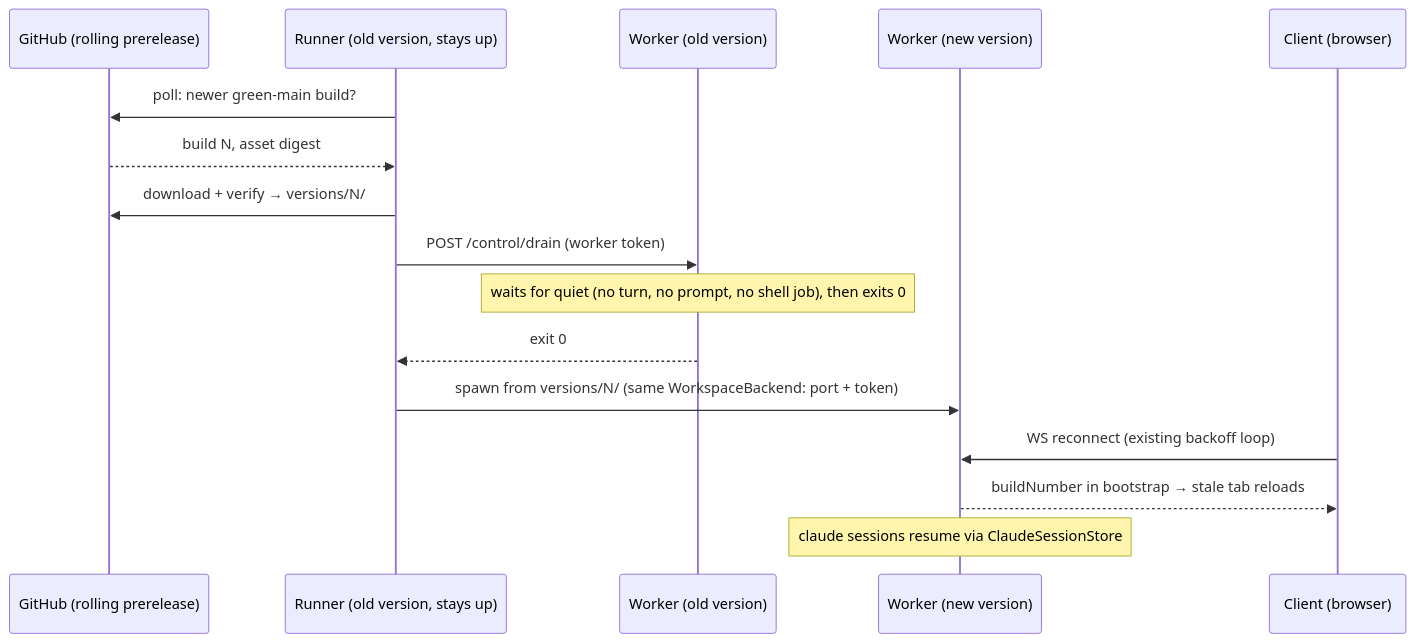
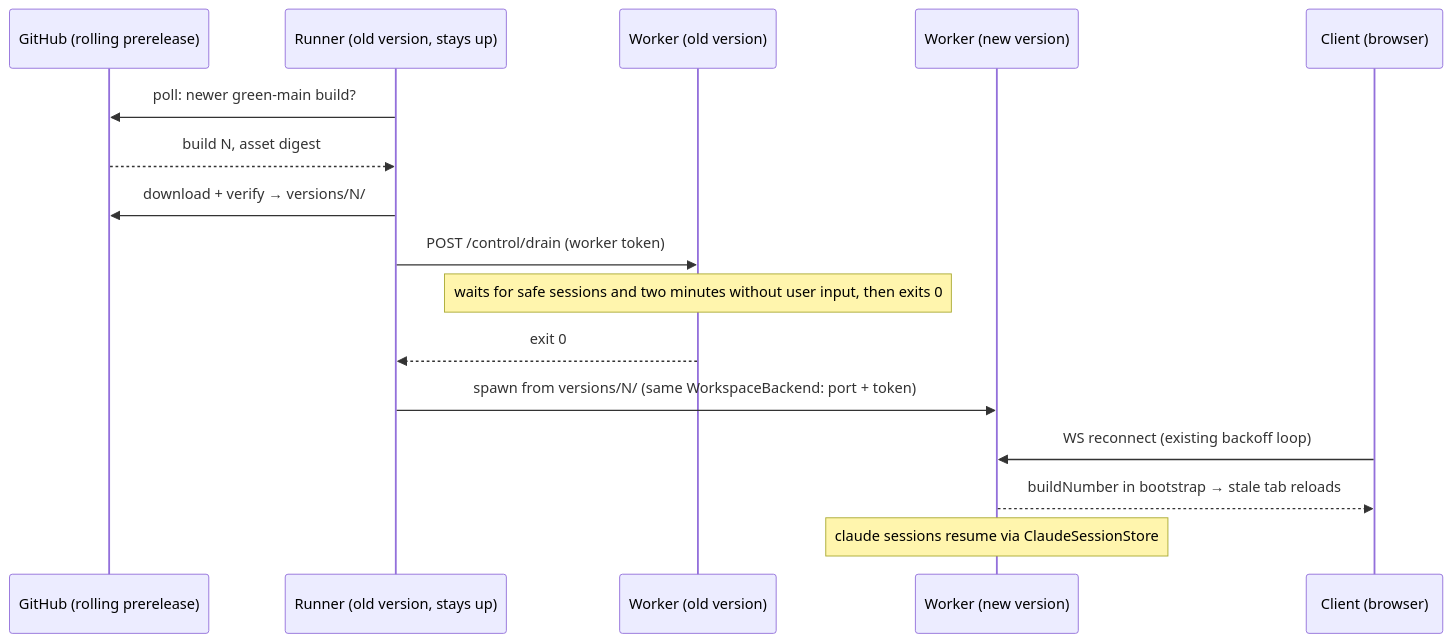
One commit to Kapps/weavie changed the diagram in docs/specs/runner-auto-update.md. Above: the diagram before and after it, drawn with Mermaid. The commit also changed other lines of this file and 19 other files, not shown here.

````diff
--- a/docs/specs/runner-auto-update.md
+++ b/docs/specs/runner-auto-update.md
@@ -28,18 +28,18 @@
 ```mermaid
 sequenceDiagram
     participant GH as GitHub (rolling prerelease)
     participant R as Runner (old version, stays up)
     participant W1 as Worker (old version)
     participant W2 as Worker (new version)
     participant C as Client (browser)
     R->>GH: poll: newer green-main build?
     GH-->>R: build N, asset digest
     R->>GH: download + verify → versions/N/
     R->>W1: POST /control/drain (worker token)
-    Note over W1: waits for quiet (no turn, no prompt, no shell job), then exits 0
+    Note over W1: waits for safe sessions and two minutes without user input, then exits 0
     W1-->>R: exit 0
     R->>W2: spawn from versions/N/ (same WorkspaceBackend: port + token)
     C->>W2: WS reconnect (existing backoff loop)
     W2-->>C: buildNumber in bootstrap → stale tab reloads
     Note over W2: claude sessions resume via ClaudeSessionStore
 ```
````
